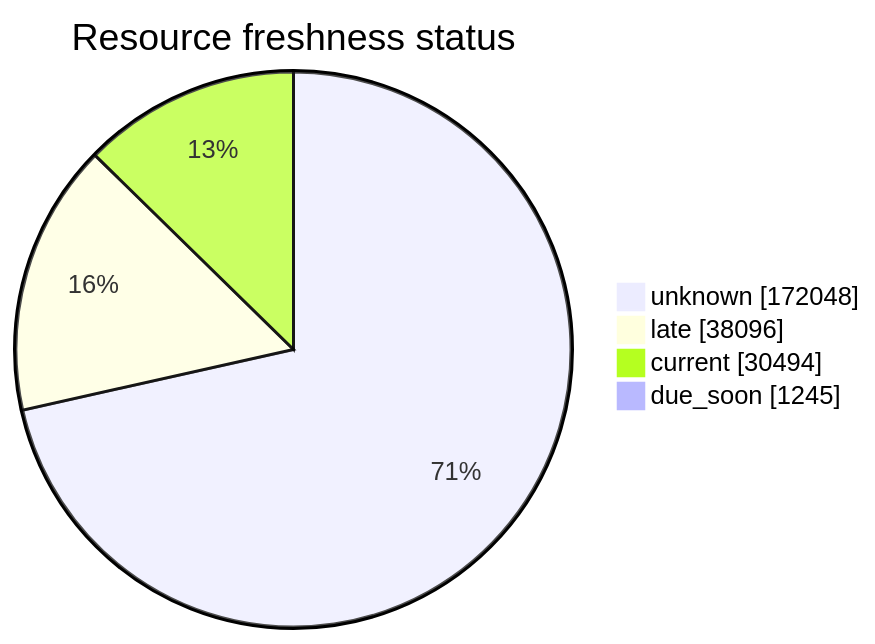
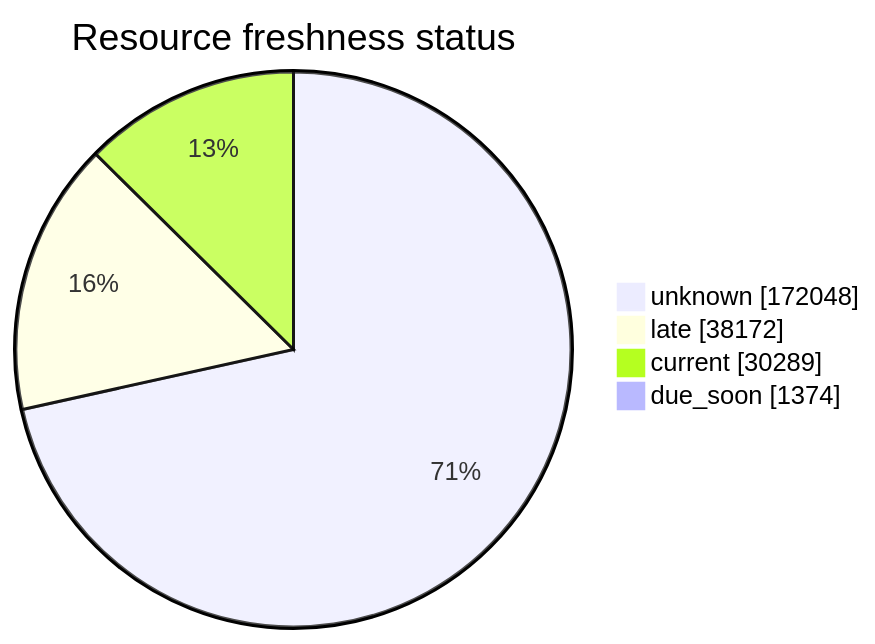
One commit to open-data/analytics-corporate-reporting changed the third of 5 diagrams in FreshCheck/README.md. Above: the diagram before and after it, drawn with Mermaid. The commit also changed other lines of this file and 3 other files, not shown here.

````diff
--- a/FreshCheck/README.md
+++ b/FreshCheck/README.md
@@ -77,7 +77,7 @@
 ```mermaid
 pie showData title Resource freshness status
     "unknown": 172048
-    "late": 38096
-    "current": 30494
-    "due_soon": 1245
+    "late": 38172
+    "current": 30289
+    "due_soon": 1374
 ```
````
